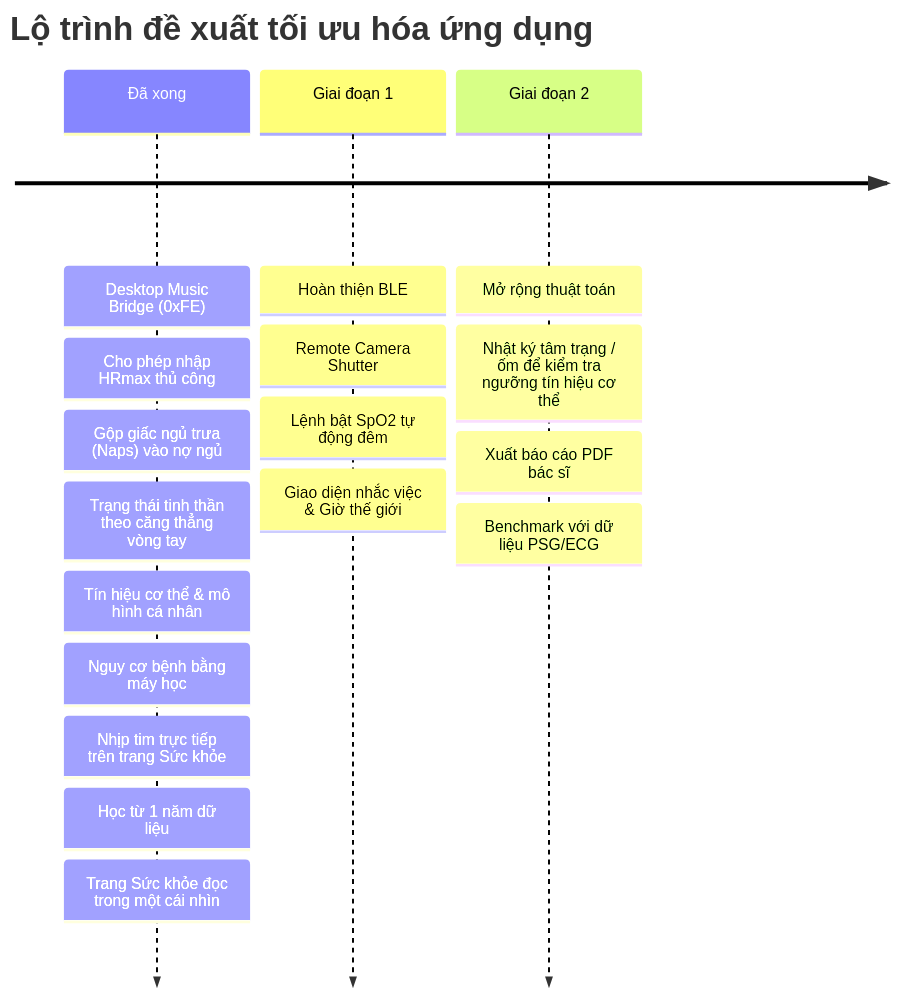
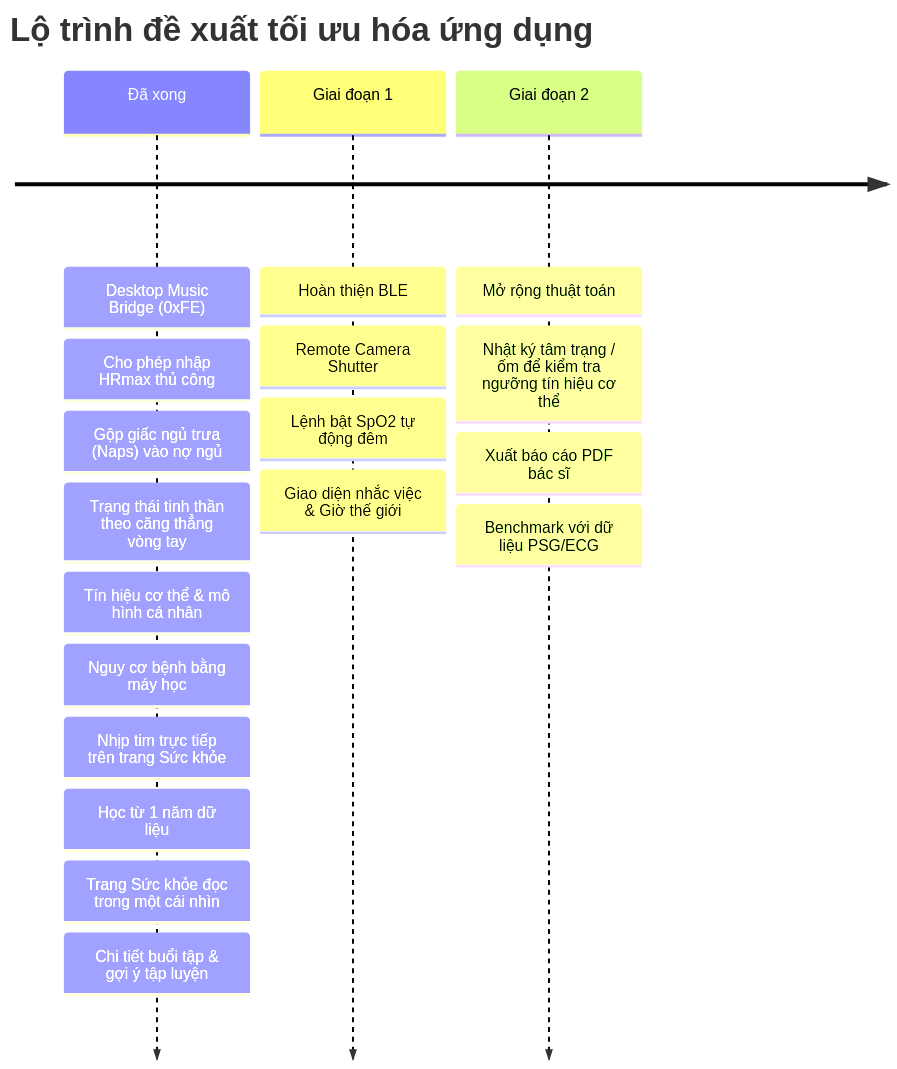
One commit to nhatanhpico/MiBand6 changed the fourth of 4 diagrams in DANH_GIA.md. Above: the diagram before and after it, drawn with Mermaid. The commit also changed other lines of this file and 18 other files, not shown here.

````diff
--- a/DANH_GIA.md
+++ b/DANH_GIA.md
@@ -254,7 +254,7 @@
 ```mermaid
 timeline
     title Lộ trình đề xuất tối ưu hóa ứng dụng
-    Đã xong : Desktop Music Bridge (0xFE) : Cho phép nhập HRmax thủ công : Gộp giấc ngủ trưa (Naps) vào nợ ngủ : Trạng thái tinh thần theo căng thẳng vòng tay : Tín hiệu cơ thể & mô hình cá nhân : Nguy cơ bệnh bằng máy học : Nhịp tim trực tiếp trên trang Sức khỏe : Học từ 1 năm dữ liệu : Trang Sức khỏe đọc trong một cái nhìn
+    Đã xong : Desktop Music Bridge (0xFE) : Cho phép nhập HRmax thủ công : Gộp giấc ngủ trưa (Naps) vào nợ ngủ : Trạng thái tinh thần theo căng thẳng vòng tay : Tín hiệu cơ thể & mô hình cá nhân : Nguy cơ bệnh bằng máy học : Nhịp tim trực tiếp trên trang Sức khỏe : Học từ 1 năm dữ liệu : Trang Sức khỏe đọc trong một cái nhìn : Chi tiết buổi tập & gợi ý tập luyện
     Giai đoạn 1 : Hoàn thiện BLE : Remote Camera Shutter : Lệnh bật SpO2 tự động đêm : Giao diện nhắc việc & Giờ thế giới
     Giai đoạn 2 : Mở rộng thuật toán : Nhật ký tâm trạng / ốm để kiểm tra ngưỡng tín hiệu cơ thể : Xuất báo cáo PDF bác sĩ : Benchmark với dữ liệu PSG/ECG
 ```
````
